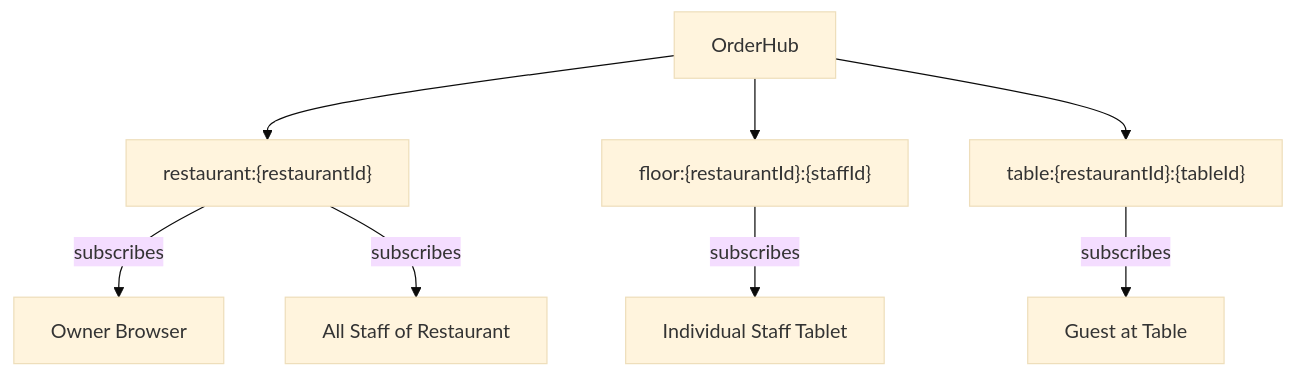
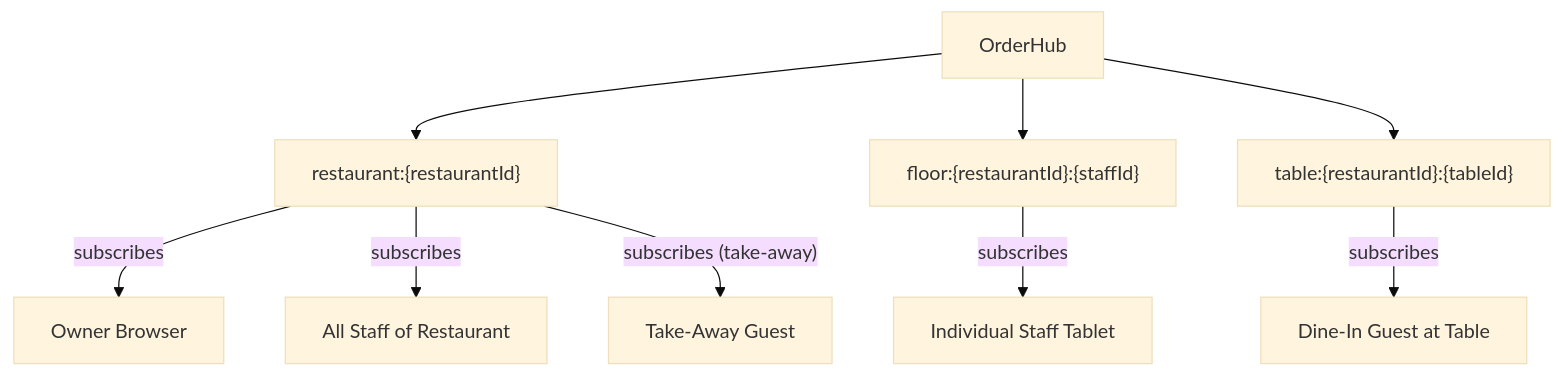
The first of 2 diagrams in site/docs/diagrams/signalr-events/index.md (phamhuutruong7/contactless-order-system), drawn with Mermaid (base theme) before and after one commit. The commit also changed other lines of this file and 27 other files, not shown here.

Commit message:
feat: code style rules + aspire local dev docs + take-away order type

````diff
--- a/site/docs/diagrams/signalr-events/index.md
+++ b/site/docs/diagrams/signalr-events/index.md
@@ -9,13 +9,14 @@
 ```mermaid
 graph TD
   HUB["OrderHub"]
 
   HUB --> RG["restaurant:{restaurantId}"]
   HUB --> FG["floor:{restaurantId}:{staffId}"]
   HUB --> TG["table:{restaurantId}:{tableId}"]
 
   RG --> |"subscribes"| OWNER["Owner Browser"]
   RG --> |"subscribes"| STAFF_ALL["All Staff of Restaurant"]
+  RG --> |"subscribes (take-away)"| GUEST_TA["Take-Away Guest"]
   FG --> |"subscribes"| STAFF_ONE["Individual Staff Tablet"]
-  TG --> |"subscribes"| GUEST["Guest at Table"]
+  TG --> |"subscribes"| GUEST["Dine-In Guest at Table"]
 ```
````
